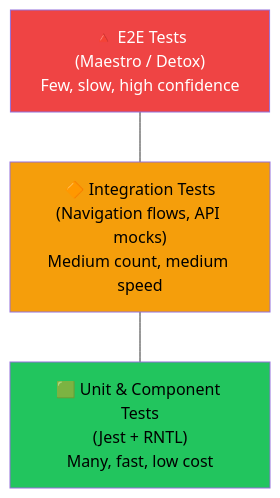
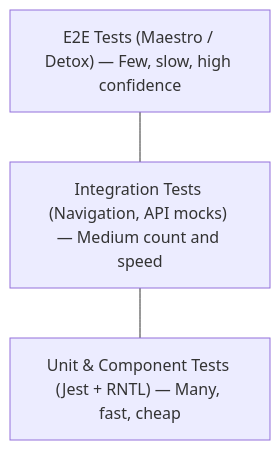
Before and after one commit to BabaScience/react-guides: the first of 9 diagrams in arguments/chapters/rn-16-testing.md, drawn with Mermaid. The commit also changed other lines of this file and 63 other files, not shown here.

First line of the commit message:
Enrich React Native roadmap with deeper content, visuals, and FR/IT translations

````diff
--- a/arguments/chapters/rn-16-testing.md
+++ b/arguments/chapters/rn-16-testing.md
@@ -24,13 +30,9 @@
 ```mermaid
 graph TB
-    E2E["🔺 E2E Tests<br/>(Maestro / Detox)<br/>Few, slow, high confidence"]
-    INT["🔶 Integration Tests<br/>(Navigation flows, API mocks)<br/>Medium count, medium speed"]
-    UNIT["🟩 Unit & Component Tests<br/>(Jest + RNTL)<br/>Many, fast, low cost"]
+    E2E["E2E Tests (Maestro / Detox) — Few, slow, high confidence"]
+    INT["Integration Tests (Navigation, API mocks) — Medium count and speed"]
+    UNIT["Unit & Component Tests (Jest + RNTL) — Many, fast, cheap"]
 
     E2E --- INT
     INT --- UNIT
-
-    style UNIT fill:#22c55e,color:#000
-    style INT fill:#f59e0b,color:#000
-    style E2E fill:#ef4444,color:#fff
 ```
````
